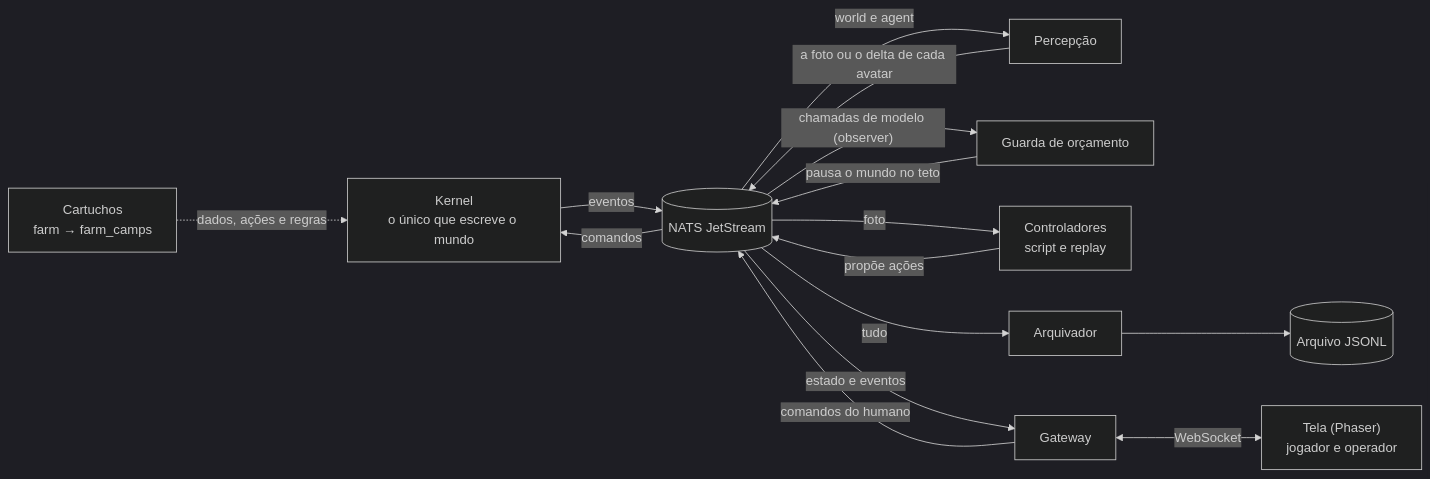
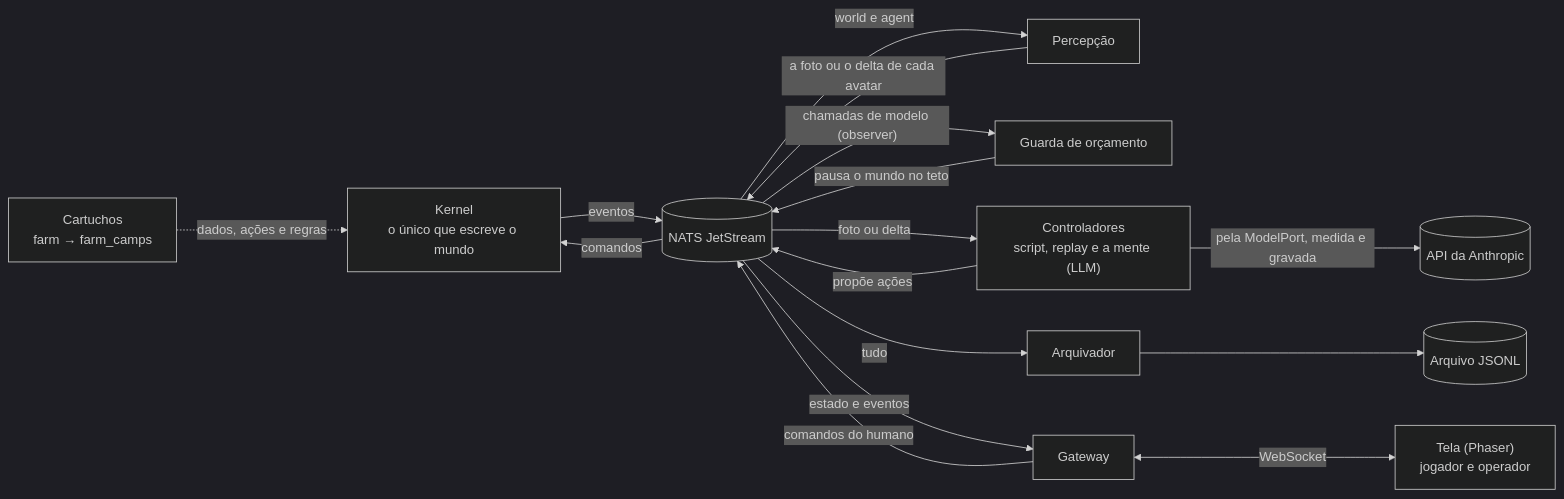
The diagram in README.md (campilho/campsverso), drawn with Mermaid (dark theme) before and after one commit. The commit also changed other lines of this file and 5 other files, not shown here.

````diff
--- a/README.md
+++ b/README.md
@@ -46,16 +50,17 @@
 ```mermaid
 flowchart LR
     cart["Cartuchos<br/>farm → farm_camps"] -. "dados, ações e regras" .-> kernel
     kernel["Kernel<br/>o único que escreve o mundo"] -- "eventos" --> nats[("NATS JetStream")]
     nats -- "comandos" --> kernel
     nats -- "world e agent" --> percepcao["Percepção"]
     percepcao -- "a foto ou o delta de cada avatar" --> nats
     nats -- "chamadas de modelo (observer)" --> guarda["Guarda de orçamento"]
     guarda -- "pausa o mundo no teto" --> nats
-    nats -- "foto" --> runner["Controladores<br/>script e replay"]
+    nats -- "foto ou delta" --> runner["Controladores<br/>script, replay e a mente (LLM)"]
     runner -- "propõe ações" --> nats
+    runner -- "pela ModelPort, medida e gravada" --> api[("API da Anthropic")]
     nats -- "tudo" --> arquivador["Arquivador"] --> arquivo[("Arquivo JSONL")]
     nats -- "estado e eventos" --> gateway["Gateway"]
     gateway -- "comandos do humano" --> nats
     gateway <-->|"WebSocket"| tela["Tela (Phaser)<br/>jogador e operador"]
 ```
````
